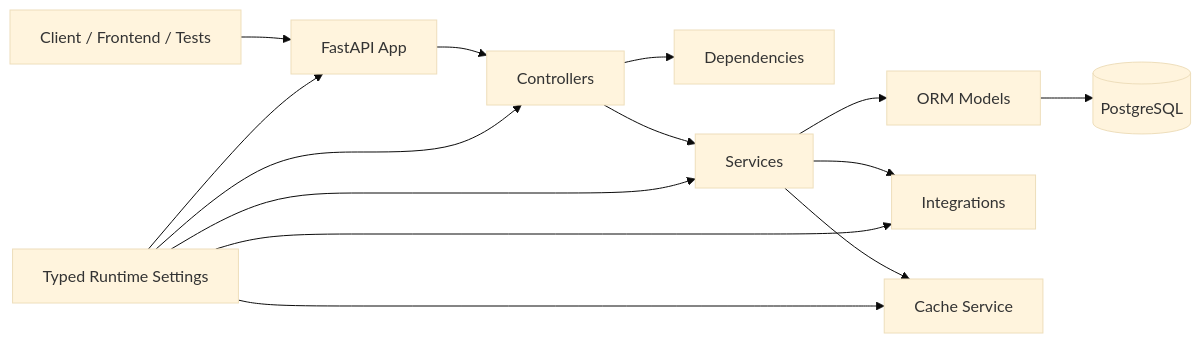
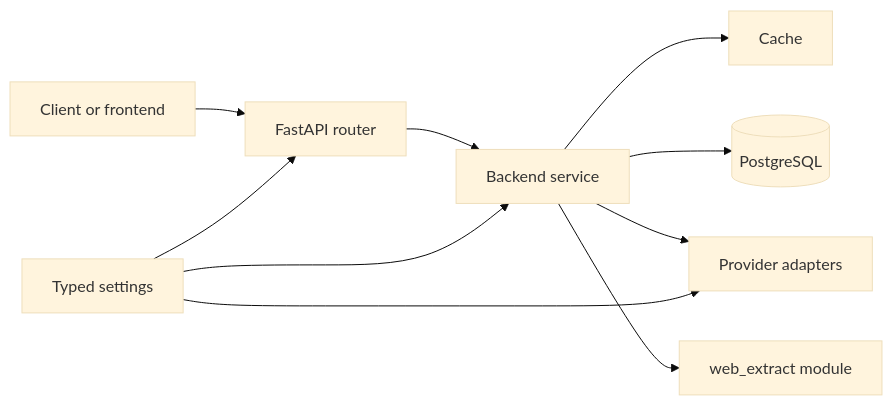
Before and after one commit to eqan/Interfaze-Project: the first of 3 diagrams in Backend/ARCHITECTURE.md, drawn with Mermaid (base theme). The commit also changed other lines of this file and 86 other files, not shown here.

````diff
--- a/Backend/ARCHITECTURE.md
+++ b/Backend/ARCHITECTURE.md
@@ -7,27 +7,21 @@
 ```mermaid
 flowchart LR
-    Client[Client / Frontend / Tests]
-    App[FastAPI App]
-    Controllers[Controllers]
-    Dependencies[Dependencies]
-    Services[Services]
-    Models[ORM Models]
+    Client[Client or frontend]
+    Router[FastAPI router]
+    Service[Backend service]
+    Cache[Cache]
     DB[(PostgreSQL)]
-    Integrations[Integrations]
-    Cache[Cache Service]
-    Runtime[Typed Runtime Settings]
+    Integrations[Provider adapters]
+    WebCrawler[web_extract module]
+    Settings[Typed settings]
 
-    Client --> App
-    App --> Controllers
-    Controllers --> Dependencies
-    Controllers --> Services
-    Services --> Models
-    Models --> DB
-    Services --> Integrations
-    Services --> Cache
-    Runtime --> App
-    Runtime --> Controllers
-    Runtime --> Services
-    Runtime --> Cache
-    Runtime --> Integrations
+    Client --> Router
+    Router --> Service
+    Service --> Cache
+    Service --> DB
+    Service --> Integrations
+    Service --> WebCrawler
+    Settings --> Router
+    Settings --> Service
+    Settings --> Integrations
 ```
````
